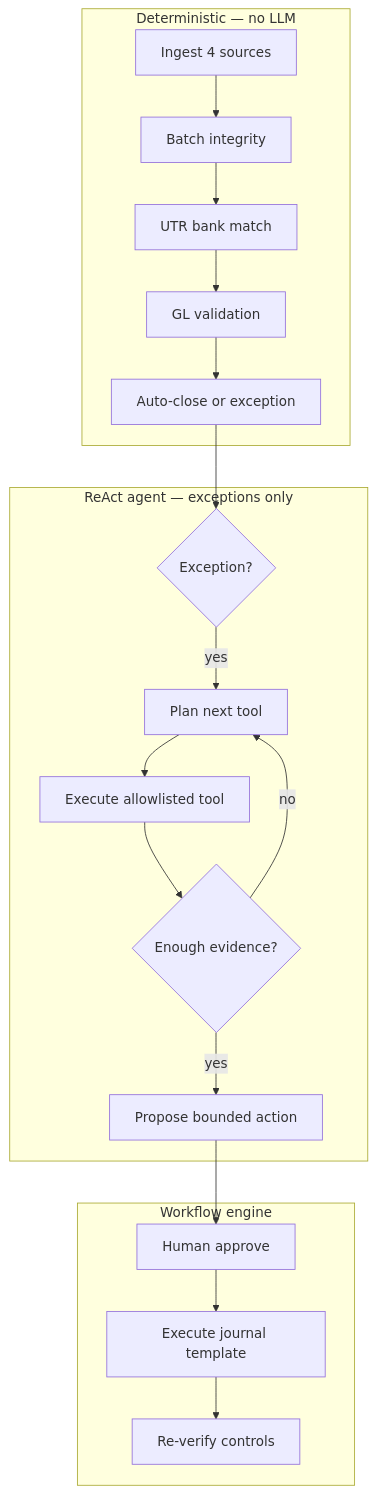
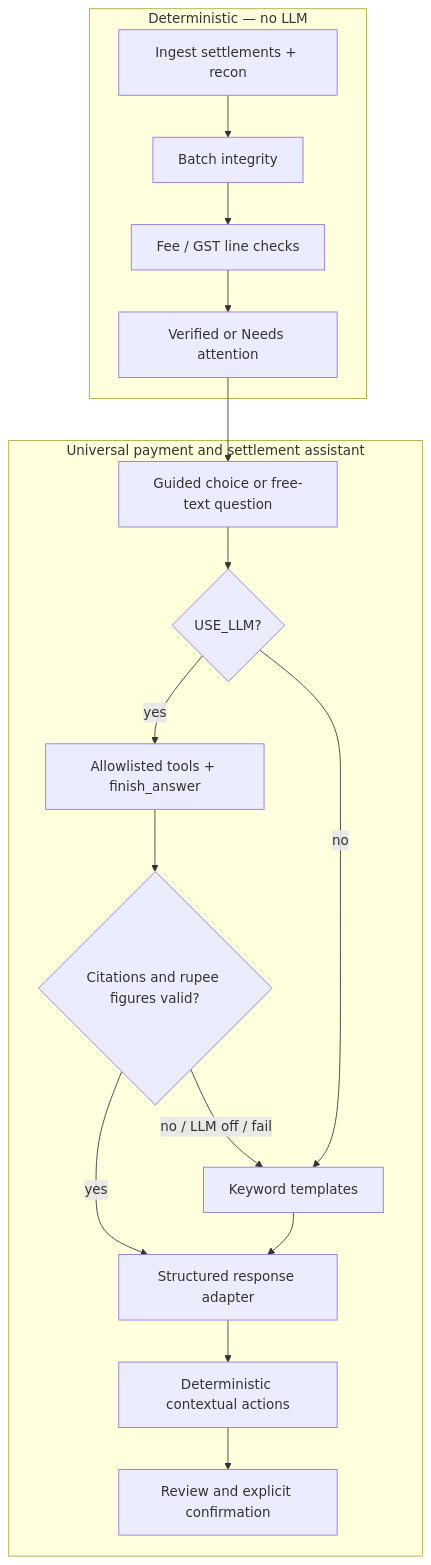
The diagram in docs/agent-architecture.md (Anjali140600/Razorpay_Settlement_Assistant), drawn with Mermaid before and after one commit. The commit also changed other lines of this file and 53 other files, not shown here.

First line of the commit message:
feat: add triage/conversation-driven universal assistant, update recon docs and tests

````diff
--- a/docs/agent-architecture.md
+++ b/docs/agent-architecture.md
@@ -7,22 +7,20 @@
 ```mermaid
 flowchart TD
     subgraph rules [Deterministic — no LLM]
-        A[Ingest 4 sources] --> B[Batch integrity]
-        B --> C[UTR bank match]
-        C --> D[GL validation]
-        D --> E[Auto-close or exception]
+        A[Ingest settlements + recon] --> B[Batch integrity]
+        B --> C[Fee / GST line checks]
+        C --> D[Verified or Needs attention]
     end
-    subgraph agent [ReAct agent — exceptions only]
-        E --> F{Exception?}
-        F -->|yes| G[Plan next tool]
-        G --> H[Execute allowlisted tool]
-        H --> I{Enough evidence?}
-        I -->|no| G
-        I -->|yes| J[Propose bounded action]
-    end
-    subgraph workflow [Workflow engine]
-        J --> K[Human approve]
-        K --> L[Execute journal template]
-        L --> M[Re-verify controls]
+    subgraph qa [Universal payment and settlement assistant]
+        D --> E[Guided choice or free-text question]
+        E --> F{USE_LLM?}
+        F -->|yes| G[Allowlisted tools + finish_answer]
+        G --> H{Citations and rupee figures valid?}
+        H -->|no / LLM off / fail| I[Keyword templates]
+        H -->|yes| J[Structured response adapter]
+        F -->|no| I
+        I --> J
+        J --> K[Deterministic contextual actions]
+        K --> L[Review and explicit confirmation]
     end
 ```
````
